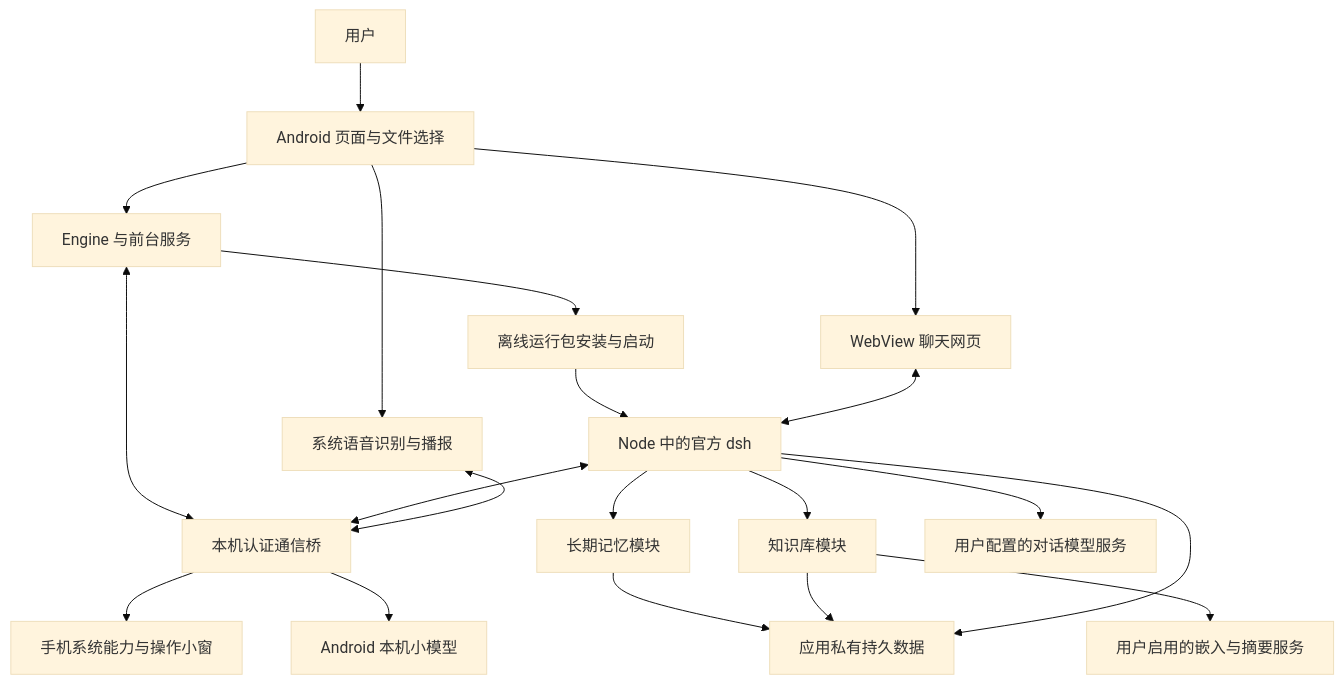
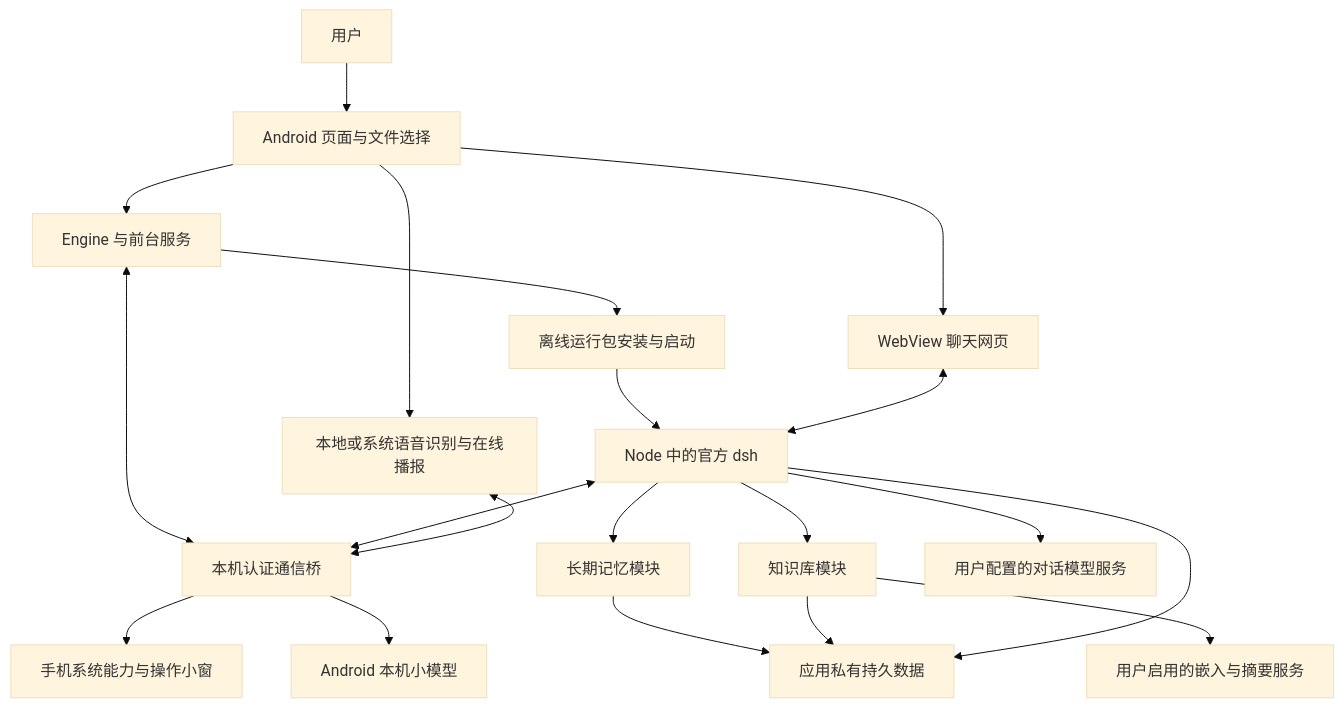
Before and after one commit to skynit/DSHX: the diagram in docs/architecture.md, drawn with Mermaid (base theme). The commit also changed 17 other files, not shown here.

````diff
--- a/docs/architecture.md
+++ b/docs/architecture.md
@@ -32,22 +32,22 @@
 ```mermaid
 flowchart TD
     U[用户] --> UI[Android 页面与文件选择]
     UI --> E[Engine 与前台服务]
     UI --> W[WebView 聊天网页]
     E --> C[离线运行包安装与启动]
     C --> D[Node 中的官方 dsh]
     W <--> D
     E <--> B[本机认证通信桥]
     D <--> B
     B --> P[手机系统能力与操作小窗]
     B --> L[Android 本机小模型]
-    UI --> V[系统语音识别与播报]
+    UI --> V[本地或系统语音识别与在线播报]
     V <--> B
     D --> M[长期记忆模块]
     D --> K[知识库模块]
     M --> S[应用私有持久数据]
     K --> S
     D --> S
     D --> R[用户配置的对话模型服务]
     K --> Q[用户启用的嵌入与摘要服务]
 ```
````
